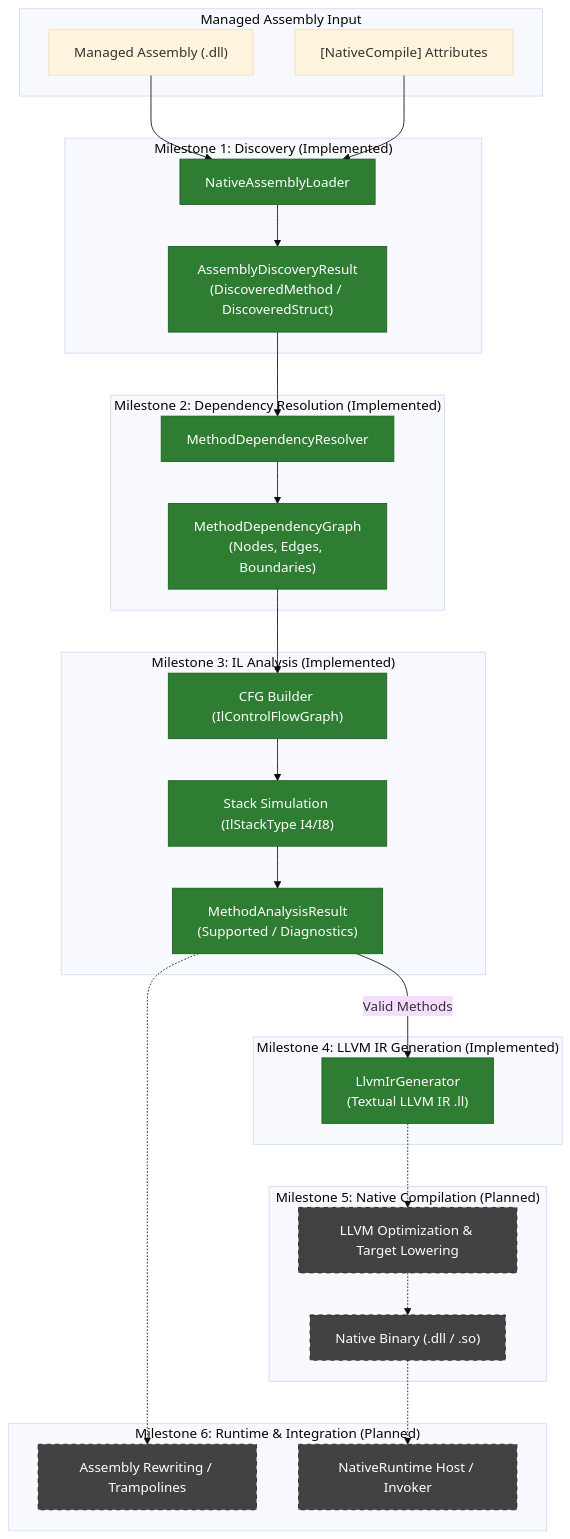
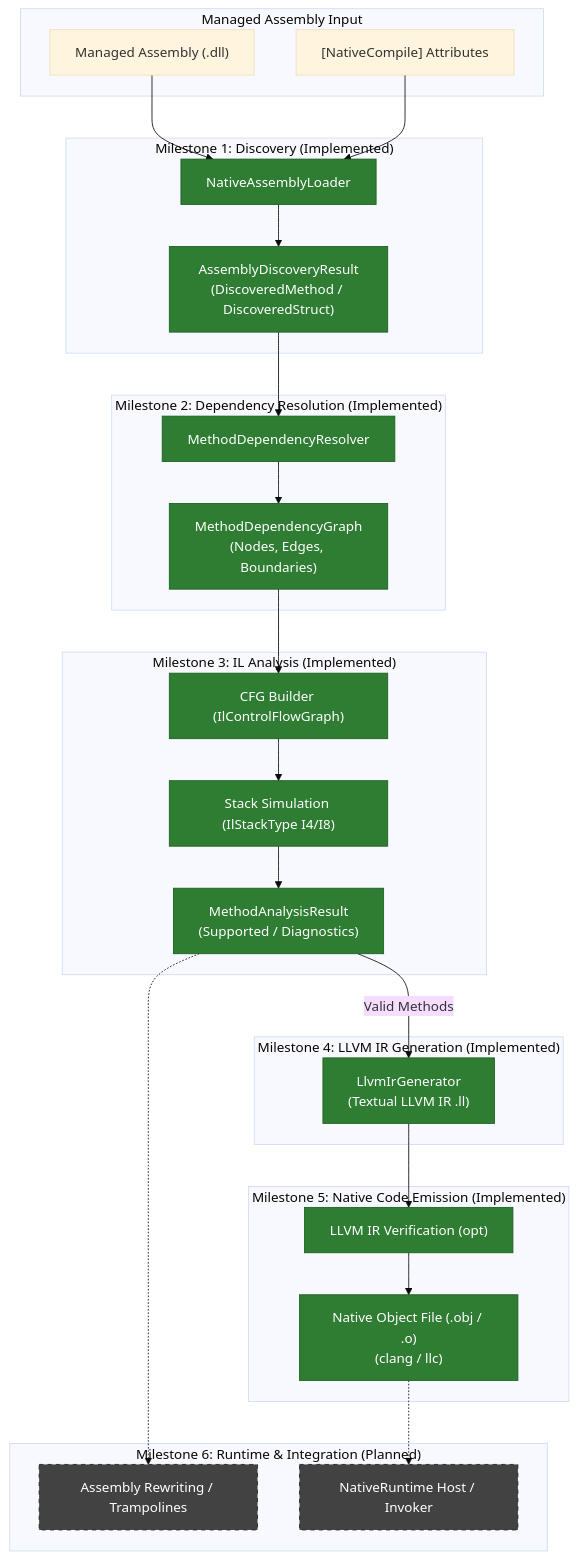
One commit to nyanworkz/Axiom.Native changed the diagram in docs/overview.md. Above: the diagram before and after it, drawn with Mermaid (base theme). The commit also changed other lines of this file and 20 other files, not shown here.

````diff
--- a/docs/overview.md
+++ b/docs/overview.md
@@ -31,57 +31,57 @@
 ```mermaid
 flowchart TD
     subgraph Managed["Managed Assembly Input"]
         DLL["Managed Assembly (.dll)"]
         Attrs["[NativeCompile] Attributes"]
     end
 
     subgraph Milestone1["Milestone 1: Discovery (Implemented)"]
         NAL["NativeAssemblyLoader"]
         Roots["AssemblyDiscoveryResult<br/>(DiscoveredMethod / DiscoveredStruct)"]
     end
 
     subgraph Milestone2["Milestone 2: Dependency Resolution (Implemented)"]
         MDR["MethodDependencyResolver"]
         Graph["MethodDependencyGraph<br/>(Nodes, Edges, Boundaries)"]
     end
 
     subgraph Milestone3["Milestone 3: IL Analysis (Implemented)"]
         CFG["CFG Builder (IlControlFlowGraph)"]
         Sim["Stack Simulation (IlStackType I4/I8)"]
         Result["MethodAnalysisResult<br/>(Supported / Diagnostics)"]
     end
 
     subgraph Milestone4["Milestone 4: LLVM IR Generation (Implemented)"]
         LLVMIR["LlvmIrGenerator<br/>(Textual LLVM IR .ll)"]
     end
 
-    subgraph Milestone5["Milestone 5: Native Compilation (Planned)"]
-        LLVMOPT["LLVM Optimization & Target Lowering"]
-        OBJ["Native Binary (.dll / .so)"]
+    subgraph Milestone5["Milestone 5: Native Code Emission (Implemented)"]
+        LLVMOPT["LLVM IR Verification (opt)"]
+        OBJ["Native Object File (.obj / .o)<br/>(clang / llc)"]
     end
 
     subgraph Milestone6["Milestone 6: Runtime & Integration (Planned)"]
         Rewrite["Assembly Rewriting / Trampolines"]
         Runtime["NativeRuntime Host / Invoker"]
     end
 
     DLL --> NAL
     Attrs --> NAL
     NAL --> Roots
     Roots --> MDR
     MDR --> Graph
     Graph --> CFG
     CFG --> Sim
     Sim --> Result
     Result -->|Valid Methods| LLVMIR
-    LLVMIR -.-> LLVMOPT
-    LLVMOPT -.-> OBJ
+    LLVMIR --> LLVMOPT
+    LLVMOPT --> OBJ
     OBJ -.-> Runtime
     Result -.-> Rewrite
 
     classDef implemented fill:#2e7d32,stroke:#1b5e20,color:#fff;
     classDef planned fill:#424242,stroke:#212121,stroke-dasharray: 5 5,color:#fff;
 
-    class NAL,Roots,MDR,Graph,CFG,Sim,Result,LLVMIR implemented;
-    class LLVMOPT,OBJ,Rewrite,Runtime planned;
+    class NAL,Roots,MDR,Graph,CFG,Sim,Result,LLVMIR,LLVMOPT,OBJ implemented;
+    class Rewrite,Runtime planned;
 ```
````
